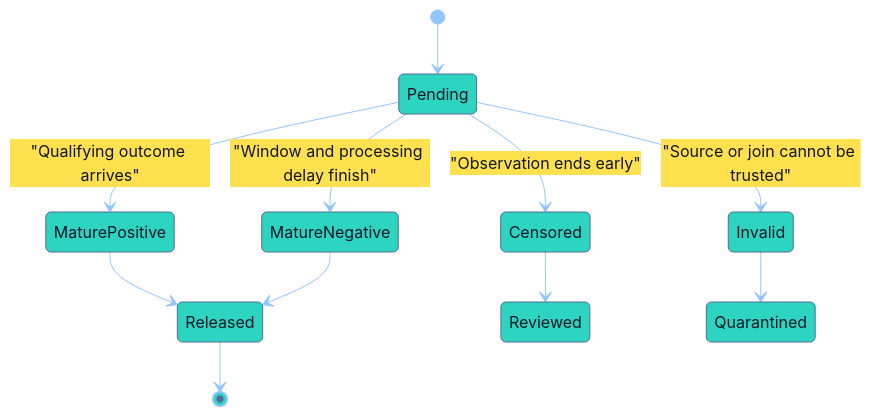
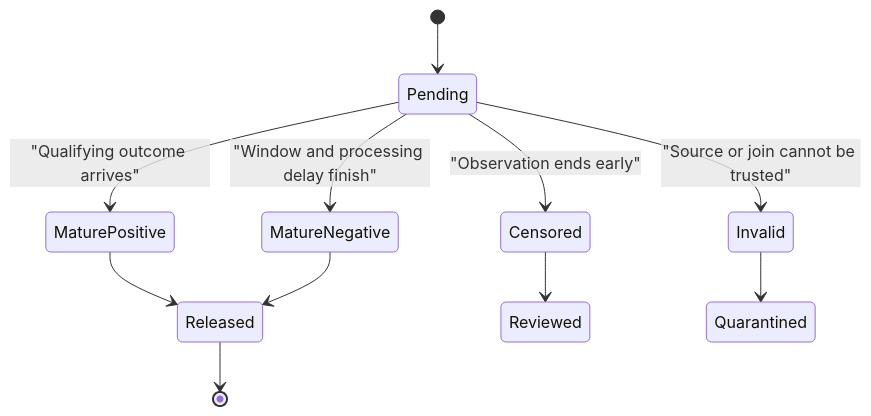
Before and after one commit to senlinyy/dev-roadmaps: the second of 2 diagrams in roadmaps/mlops/modules/data-for-ml-systems/training-data-basics/01-training-data-labels-features-targets.md, drawn with Mermaid. The commit also changed other lines of this file and 152 other files, not shown here.

Commit message:
feat: mlops and diagrams updated

````diff
--- a/roadmaps/mlops/modules/data-for-ml-systems/training-data-basics/01-training-data-labels-features-targets.md
+++ b/roadmaps/mlops/modules/data-for-ml-systems/training-data-basics/01-training-data-labels-features-targets.md
@@ -160,15 +156,15 @@
 ```mermaid
-%%{init: {"theme": "base", "themeVariables": {"background": "#111827", "primaryColor": "#2DD4BF", "primaryTextColor": "#0F172A", "primaryBorderColor": "#536A9A", "lineColor": "#93C5FD", "secondaryColor": "#FFE04F", "tertiaryColor": "#FB7185", "fontFamily": "Nunito, sans-serif"}}}%%
+
 stateDiagram-v2
     direction TB
     [*] --> Pending
     Pending --> MaturePositive: "Qualifying outcome arrives"
     Pending --> MatureNegative: "Window and processing delay finish"
     Pending --> Censored: "Observation ends early"
     Pending --> Invalid: "Source or join cannot be trusted"
     MaturePositive --> Released
     MatureNegative --> Released
     Censored --> Reviewed
     Invalid --> Quarantined
     Released --> [*]
 ```
````
